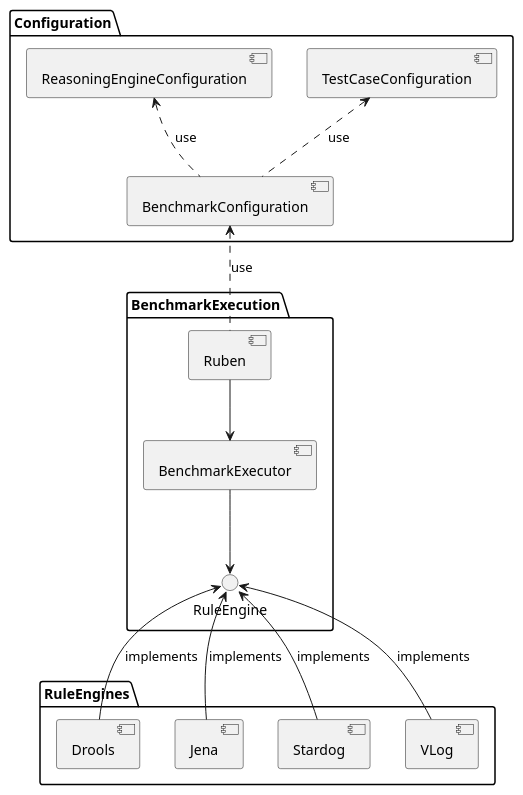
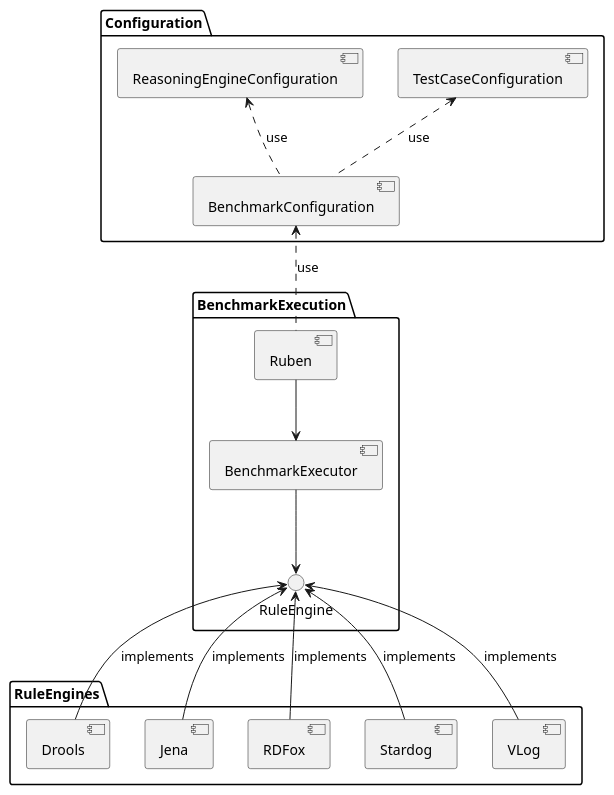
One commit to kev-ang/RUBEN changed the diagram in docu/RUBEN_Component_Diagram.puml. Above: the diagram before and after it, drawn with PlantUML. The commit also changed 27 other files, not shown here.

```diff
--- a/docu/RUBEN_Component_Diagram.puml
+++ b/docu/RUBEN_Component_Diagram.puml
@@ -1,23 +1,24 @@
 @startuml
 'https://plantuml.com/component-diagram
 
 package "Configuration" {
     [BenchmarkConfiguration] .up.> [ReasoningEngineConfiguration] : use
     [BenchmarkConfiguration] .up.> [TestCaseConfiguration] : use
 }
 
 package "BenchmarkExecution" {
     [Ruben] .up.> [BenchmarkConfiguration] : use
     [Ruben] --> [BenchmarkExecutor]
     [BenchmarkExecutor] --> () "RuleEngine"
 }
 
 package "RuleEngines"{
     [Drools] -up-> () "RuleEngine" : implements
     [Jena] -up-> () "RuleEngine" : implements
+    [RDFox] -up-> () "RuleEngine": implements
     [Stardog] -up-> () "RuleEngine" : implements
     [VLog] -up-> () "RuleEngine" : implements
 }
 
 
 @enduml
```
